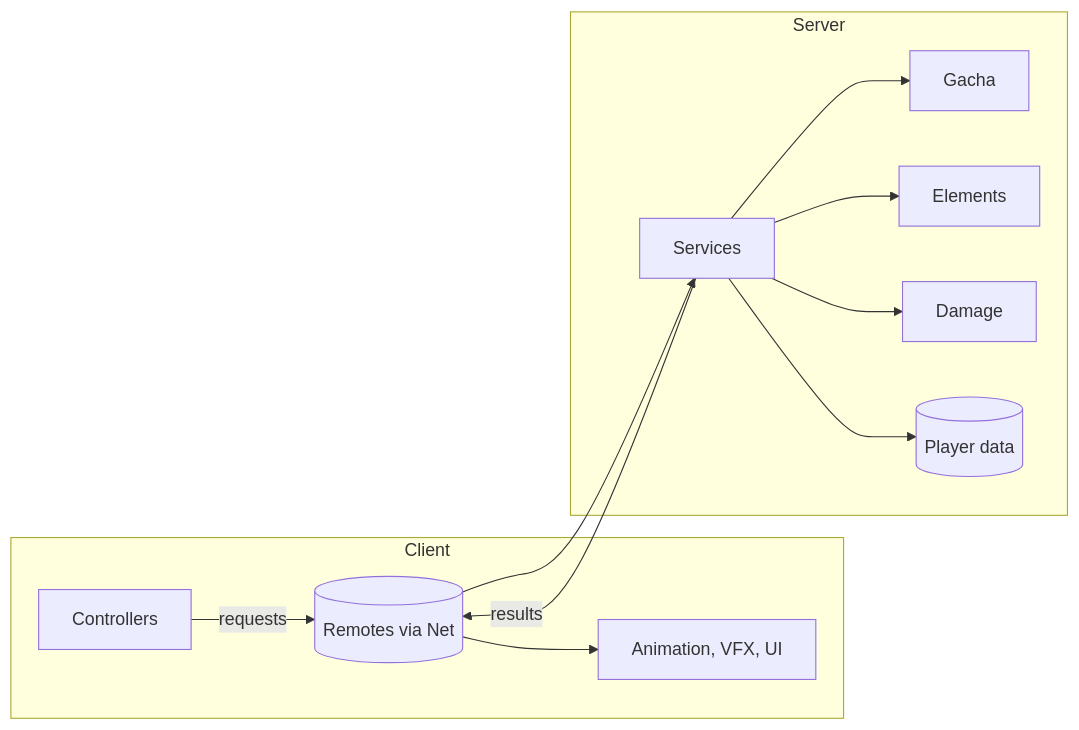
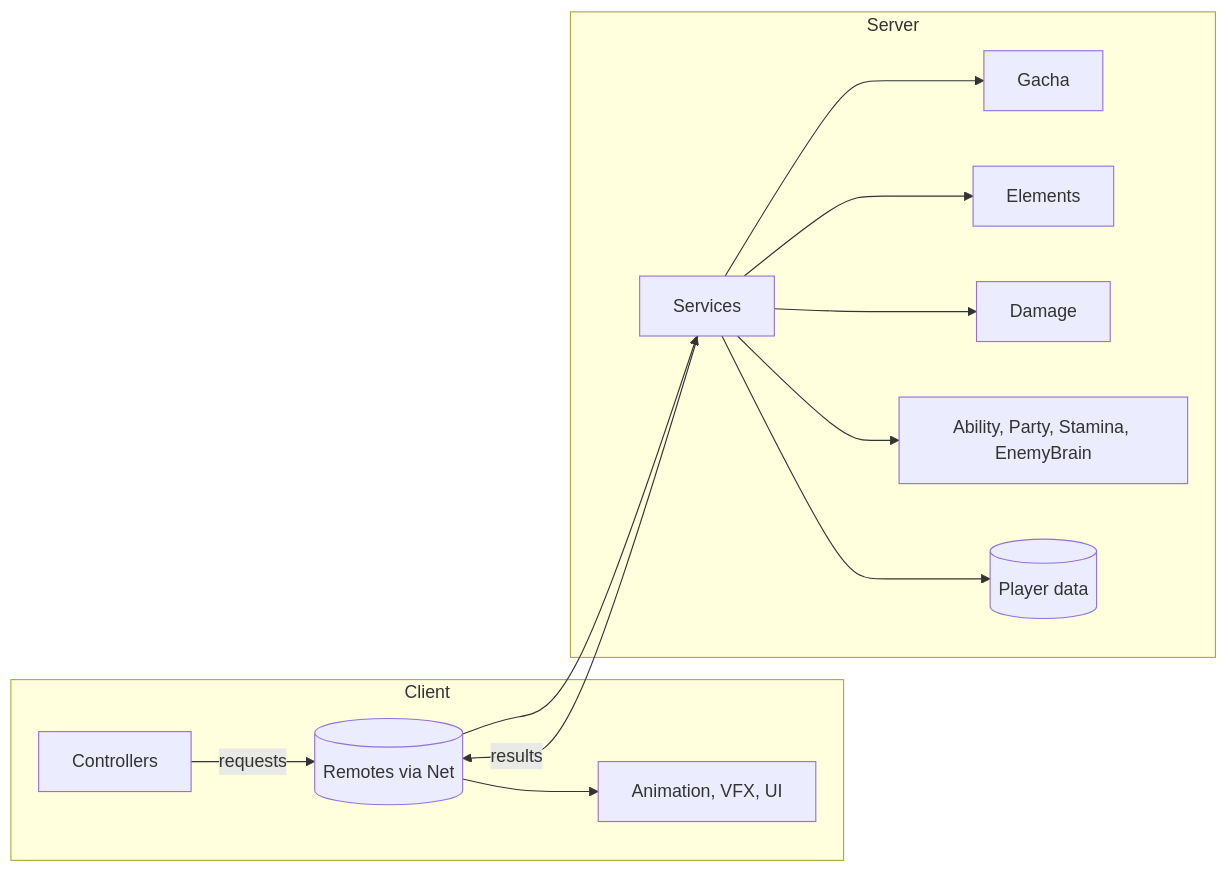
The diagram in docs/systems/README.md (GatTrolls/AeloriaBase), drawn with Mermaid before and after one commit. The commit also changed other lines of this file and 42 other files, not shown here.

First line of the commit message:
Add the M1 combat slice: party, movement, combat and first enemy (#18)

````diff
--- a/docs/systems/README.md
+++ b/docs/systems/README.md
@@ -20,15 +24,16 @@
 ```mermaid
 flowchart LR
     subgraph Client
         C[Controllers] -->|requests| R
         FX[Animation, VFX, UI]
     end
     R[(Remotes via Net)] --> S
     subgraph Server
         S[Services] --> G[Gacha]
         S --> E[Elements]
         S --> D[Damage]
+        S --> C2[Ability, Party, Stamina, EnemyBrain]
         S --> P[(Player data)]
     end
     S -->|results| R --> FX
 ```
````
